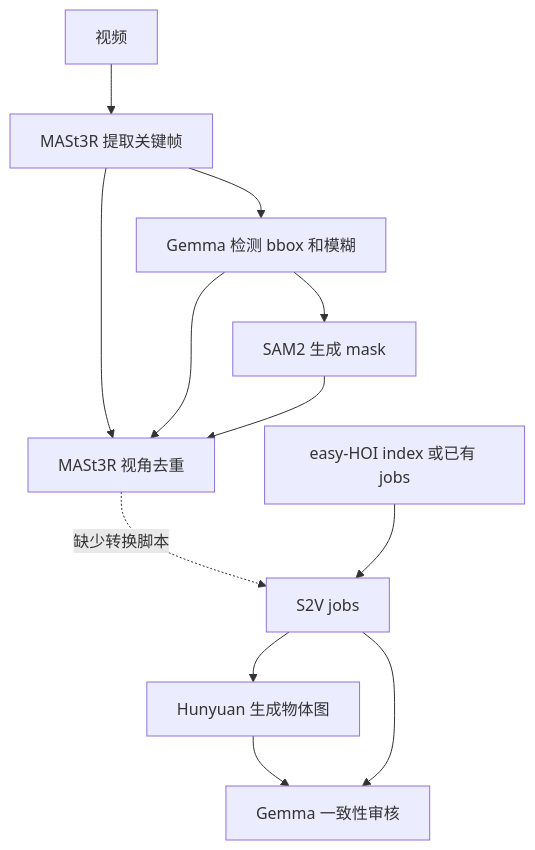
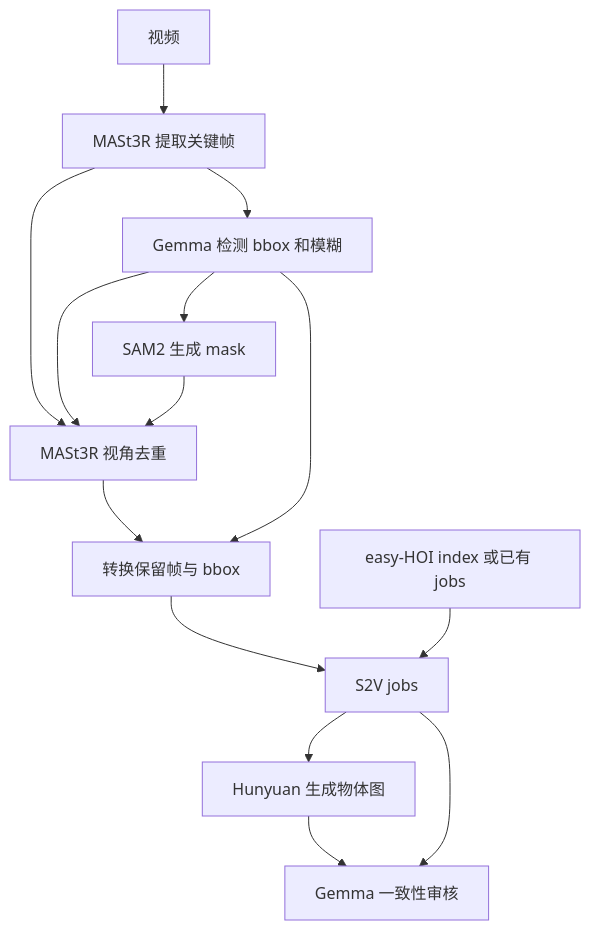
The diagram in README.md (Taited/multi-reference-data-preparation), drawn with Mermaid before and after one commit. The commit also changed other lines of this file, not shown here.

````diff
--- a/README.md
+++ b/README.md
@@ -14,14 +14,16 @@
 ```mermaid
 flowchart TD
     A[视频] --> B[MASt3R 提取关键帧]
     B --> C[Gemma 检测 bbox 和模糊]
     C --> D[SAM2 生成 mask]
     B --> E[MASt3R 视角去重]
     C --> E
     D --> E
-    E -. 缺少转换脚本 .-> F[S2V jobs]
+    E --> J[转换保留帧与 bbox]
+    C --> J
+    J --> F[S2V jobs]
     I[easy-HOI index 或已有 jobs] --> F
     F --> G[Hunyuan 生成物体图]
     G --> H[Gemma 一致性审核]
     F --> H
 ```
````
